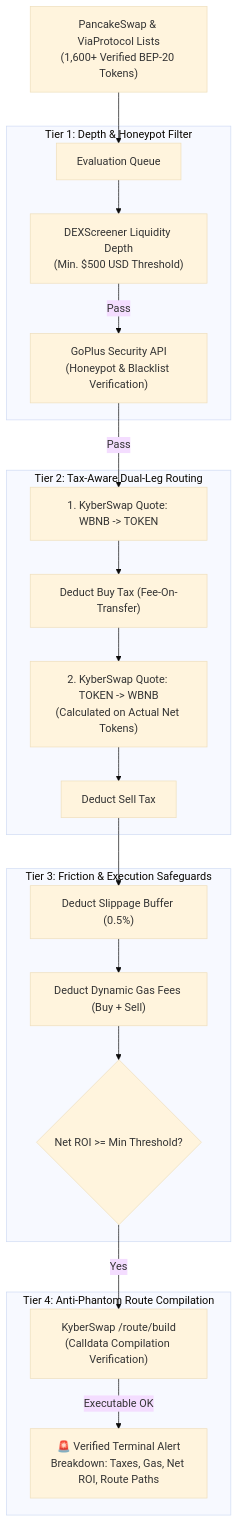
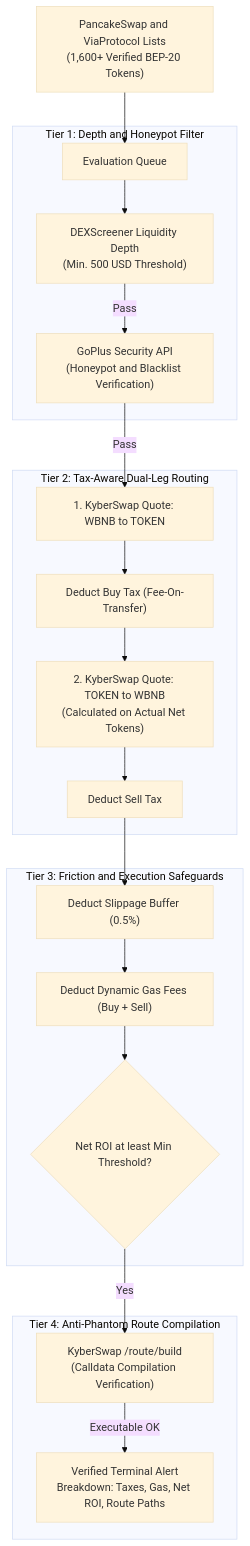
Before and after one commit to Lukecele/bsc-arbitrage-scanner: the diagram in README.md, drawn with Mermaid (base theme).

Commit message:
fix(docs): resolve mobile Mermaid rendering syntax error

````diff
--- a/README.md
+++ b/README.md
@@ -22,27 +22,27 @@
 ```mermaid
 flowchart TD
-    TokenList["PancakeSwap & ViaProtocol Lists\n(1,600+ Verified BEP-20 Tokens)"] --> Queue["Evaluation Queue"]
+    TokenList["PancakeSwap and ViaProtocol Lists<br/>(1,600+ Verified BEP-20 Tokens)"] --> Queue["Evaluation Queue"]
     
-    subgraph Tier1 ["Tier 1: Depth & Honeypot Filter"]
-        Queue --> LiqCheck["DEXScreener Liquidity Depth\n(Min. $500 USD Threshold)"]
-        LiqCheck -- "Pass" --> SecCheck["GoPlus Security API\n(Honeypot & Blacklist Verification)"]
+    subgraph Tier1["Tier 1: Depth and Honeypot Filter"]
+        Queue --> LiqCheck["DEXScreener Liquidity Depth<br/>(Min. 500 USD Threshold)"]
+        LiqCheck -- "Pass" --> SecCheck["GoPlus Security API<br/>(Honeypot and Blacklist Verification)"]
     end
     
-    subgraph Tier2 ["Tier 2: Tax-Aware Dual-Leg Routing"]
-        SecCheck -- "Pass" --> BuyQuote["1. KyberSwap Quote: WBNB -> TOKEN"]
+    subgraph Tier2["Tier 2: Tax-Aware Dual-Leg Routing"]
+        SecCheck -- "Pass" --> BuyQuote["1. KyberSwap Quote: WBNB to TOKEN"]
         BuyQuote --> TaxDeduct1["Deduct Buy Tax (Fee-On-Transfer)"]
-        TaxDeduct1 --> SellQuote["2. KyberSwap Quote: TOKEN -> WBNB\n(Calculated on Actual Net Tokens)"]
+        TaxDeduct1 --> SellQuote["2. KyberSwap Quote: TOKEN to WBNB<br/>(Calculated on Actual Net Tokens)"]
         SellQuote --> TaxDeduct2["Deduct Sell Tax"]
     end
     
-    subgraph Tier3 ["Tier 3: Friction & Execution Safeguards"]
+    subgraph Tier3["Tier 3: Friction and Execution Safeguards"]
         TaxDeduct2 --> SlipBuffer["Deduct Slippage Buffer (0.5%)"]
         SlipBuffer --> GasDeduct["Deduct Dynamic Gas Fees (Buy + Sell)"]
-        GasDeduct --> ProfitEval{"Net ROI >= Min Threshold?"}
+        GasDeduct --> ProfitEval{"Net ROI at least Min Threshold?"}
     end
 
-    subgraph Tier4 ["Tier 4: Anti-Phantom Route Compilation"]
-        ProfitEval -- "Yes" --> CalldataBuild["KyberSwap /route/build\n(Calldata Compilation Verification)"]
-        CalldataBuild -- "Executable OK" --> Alert["🚨 Verified Terminal Alert\nBreakdown: Taxes, Gas, Net ROI, Route Paths"]
+    subgraph Tier4["Tier 4: Anti-Phantom Route Compilation"]
+        ProfitEval -- "Yes" --> CalldataBuild["KyberSwap /route/build<br/>(Calldata Compilation Verification)"]
+        CalldataBuild -- "Executable OK" --> Alert["Verified Terminal Alert<br/>Breakdown: Taxes, Gas, Net ROI, Route Paths"]
     end
 ```
````
